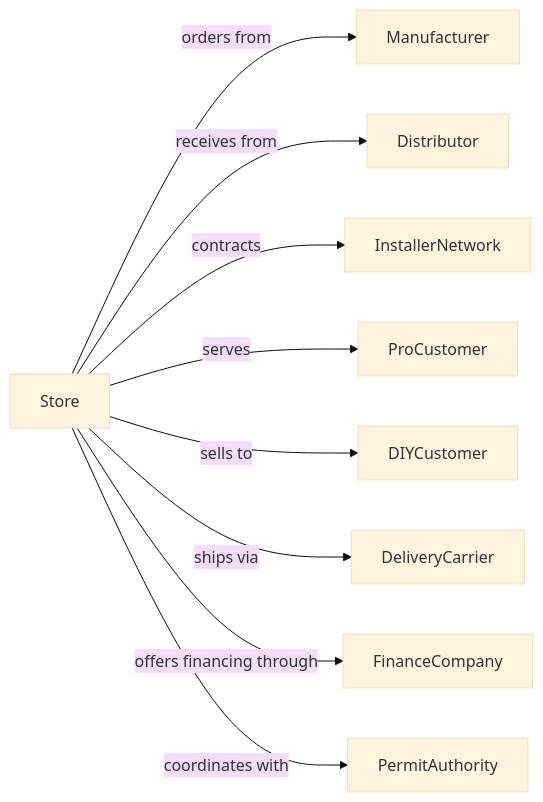
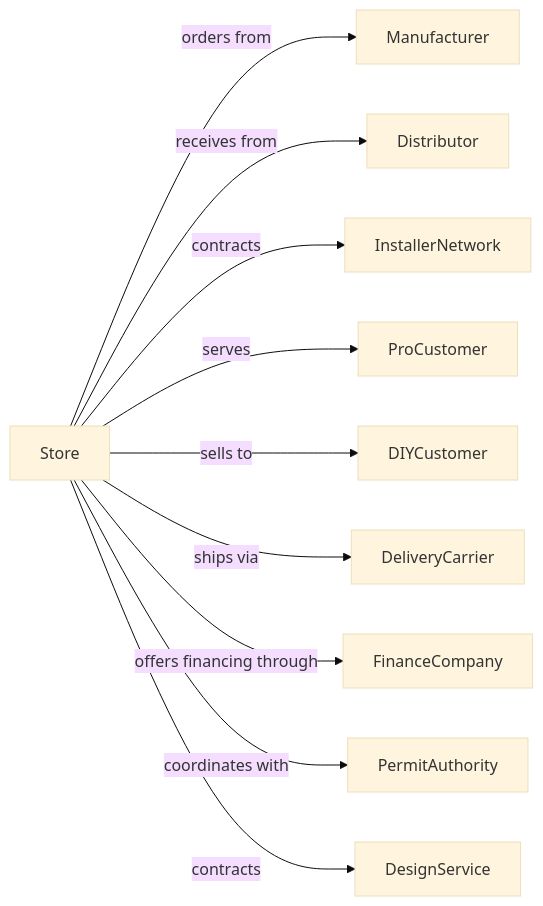
The second of 2 diagrams in RetailTrade/BuildingMaterialAndGardenEquipmentAndSuppliesDealers/BuildingMaterialAndSuppliesDealers/HomeCenters.mdx (dot-org-ai/industries.org.ai), drawn with Mermaid (base theme) before and after one commit. The commit also changed 588 other files, not shown here.

````diff
--- a/RetailTrade/BuildingMaterialAndGardenEquipmentAndSuppliesDealers/BuildingMaterialAndSuppliesDealers/HomeCenters.mdx
+++ b/RetailTrade/BuildingMaterialAndGardenEquipmentAndSuppliesDealers/BuildingMaterialAndSuppliesDealers/HomeCenters.mdx
@@ -134,13 +134,14 @@
 ```mermaid
 graph LR
     S[Store]
 
     S -->|orders from| Manufacturer
     S -->|receives from| Distributor
     S -->|contracts| InstallerNetwork
     S -->|serves| ProCustomer
     S -->|sells to| DIYCustomer
     S -->|ships via| DeliveryCarrier
     S -->|offers financing through| FinanceCompany
     S -->|coordinates with| PermitAuthority
+    S -->|contracts| DesignService
 ```
````
